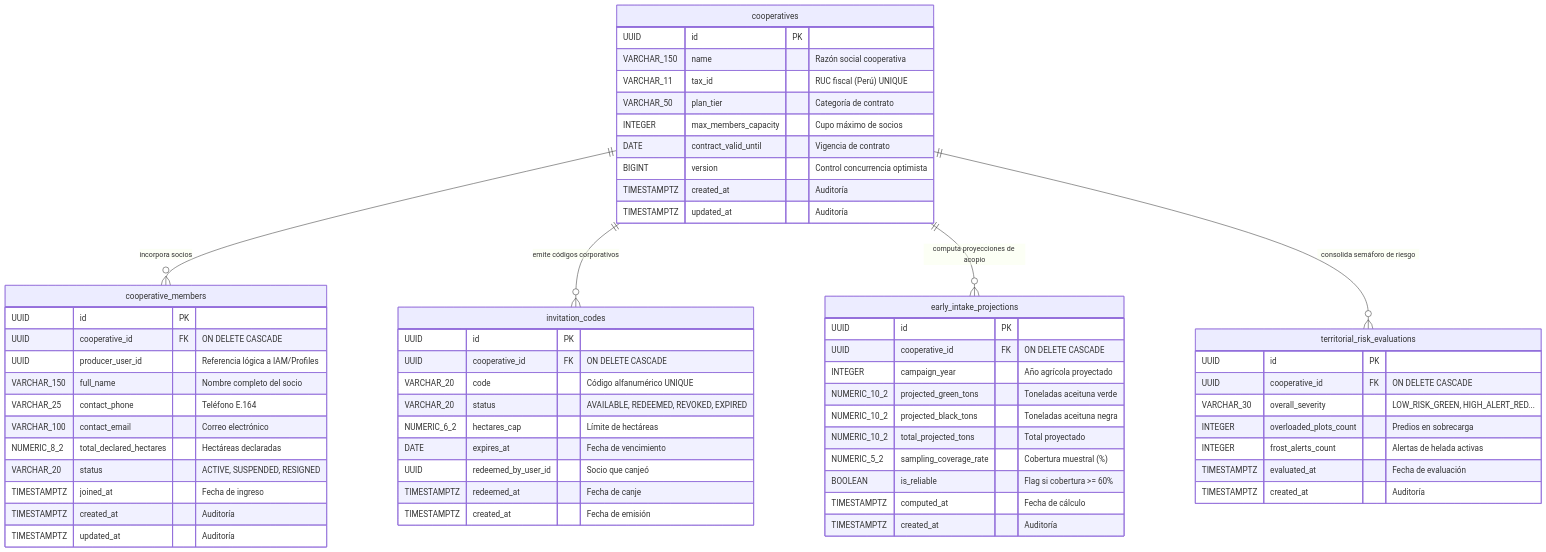
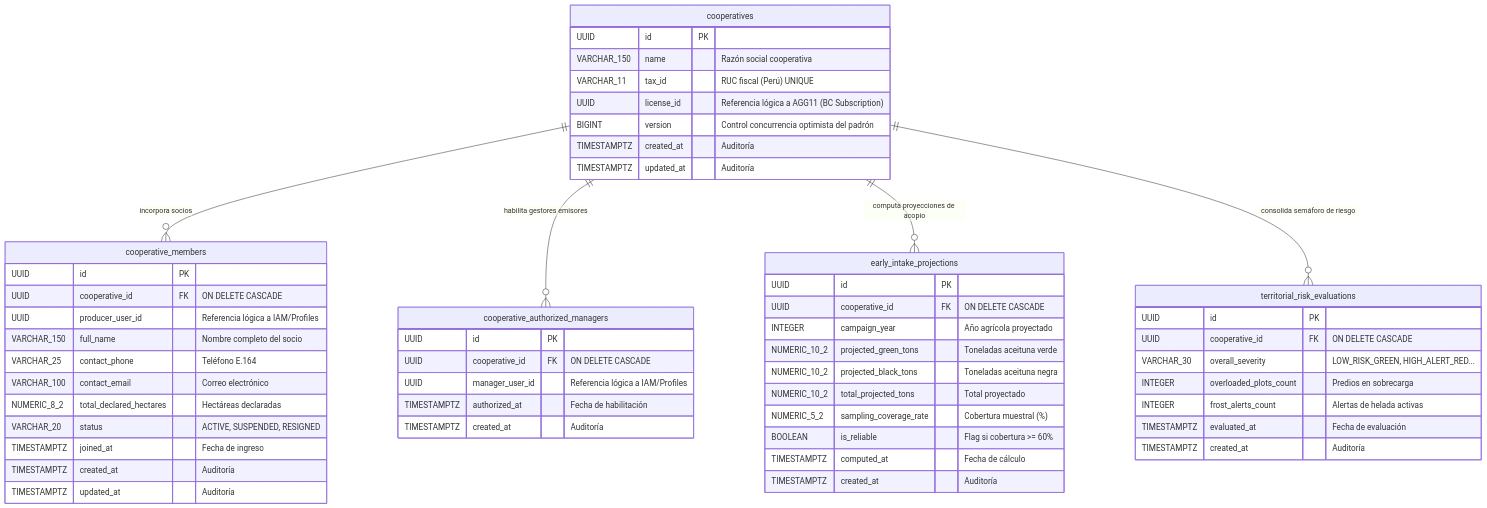
Before and after one commit to upc-pre-1acc0238-2620-4951-arcadiadevs/viora-report: the third of 3 diagrams in docs/tactical-ddd/cooperative-operations-tactical-ddd.md, drawn with Mermaid. The commit also changed other lines of this file and 2 other files, not shown here.

First line of the commit message:
refactor(tactical-ddd): move corporate licensing to subscription

````diff
--- a/docs/tactical-ddd/cooperative-operations-tactical-ddd.md
+++ b/docs/tactical-ddd/cooperative-operations-tactical-ddd.md
@@ -642,68 +586,62 @@
 ```mermaid
 erDiagram
     cooperatives {
         UUID id PK
         VARCHAR_150 name "Razón social cooperativa"
         VARCHAR_11 tax_id "RUC fiscal (Perú) UNIQUE"
-        VARCHAR_50 plan_tier "Categoría de contrato"
-        INTEGER max_members_capacity "Cupo máximo de socios"
-        DATE contract_valid_until "Vigencia de contrato"
-        BIGINT version "Control concurrencia optimista"
+        UUID license_id "Referencia lógica a AGG11 (BC Subscription)"
+        BIGINT version "Control concurrencia optimista del padrón"
         TIMESTAMPTZ created_at "Auditoría"
         TIMESTAMPTZ updated_at "Auditoría"
     }
 
     cooperative_members {
         UUID id PK
         UUID cooperative_id FK "ON DELETE CASCADE"
         UUID producer_user_id "Referencia lógica a IAM/Profiles"
         VARCHAR_150 full_name "Nombre completo del socio"
         VARCHAR_25 contact_phone "Teléfono E.164"
         VARCHAR_100 contact_email "Correo electrónico"
         NUMERIC_8_2 total_declared_hectares "Hectáreas declaradas"
         VARCHAR_20 status "ACTIVE, SUSPENDED, RESIGNED"
         TIMESTAMPTZ joined_at "Fecha de ingreso"
         TIMESTAMPTZ created_at "Auditoría"
         TIMESTAMPTZ updated_at "Auditoría"
     }
 
-    invitation_codes {
+    cooperative_authorized_managers {
         UUID id PK
         UUID cooperative_id FK "ON DELETE CASCADE"
-        VARCHAR_20 code "Código alfanumérico UNIQUE"
-        VARCHAR_20 status "AVAILABLE, REDEEMED, REVOKED, EXPIRED"
-        NUMERIC_6_2 hectares_cap "Límite de hectáreas"
-        DATE expires_at "Fecha de vencimiento"
-        UUID redeemed_by_user_id "Socio que canjeó"
-        TIMESTAMPTZ redeemed_at "Fecha de canje"
-        TIMESTAMPTZ created_at "Fecha de emisión"
+        UUID manager_user_id "Referencia lógica a IAM/Profiles"
+        TIMESTAMPTZ authorized_at "Fecha de habilitación"
+        TIMESTAMPTZ created_at "Auditoría"
     }
 
     early_intake_projections {
         UUID id PK
         UUID cooperative_id FK "ON DELETE CASCADE"
         INTEGER campaign_year "Año agrícola proyectado"
         NUMERIC_10_2 projected_green_tons "Toneladas aceituna verde"
         NUMERIC_10_2 projected_black_tons "Toneladas aceituna negra"
         NUMERIC_10_2 total_projected_tons "Total proyectado"
         NUMERIC_5_2 sampling_coverage_rate "Cobertura muestral (%)"
         BOOLEAN is_reliable "Flag si cobertura >= 60%"
         TIMESTAMPTZ computed_at "Fecha de cálculo"
         TIMESTAMPTZ created_at "Auditoría"
     }
 
     territorial_risk_evaluations {
         UUID id PK
         UUID cooperative_id FK "ON DELETE CASCADE"
         VARCHAR_30 overall_severity "LOW_RISK_GREEN, HIGH_ALERT_RED..."
         INTEGER overloaded_plots_count "Predios en sobrecarga"
         INTEGER frost_alerts_count "Alertas de helada activas"
         TIMESTAMPTZ evaluated_at "Fecha de evaluación"
         TIMESTAMPTZ created_at "Auditoría"
     }
 
     cooperatives ||--o{ cooperative_members : "incorpora socios"
-    cooperatives ||--o{ invitation_codes : "emite códigos corporativos"
+    cooperatives ||--o{ cooperative_authorized_managers : "habilita gestores emisores"
     cooperatives ||--o{ early_intake_projections : "computa proyecciones de acopio"
     cooperatives ||--o{ territorial_risk_evaluations : "consolida semáforo de riesgo"
 ```
````
